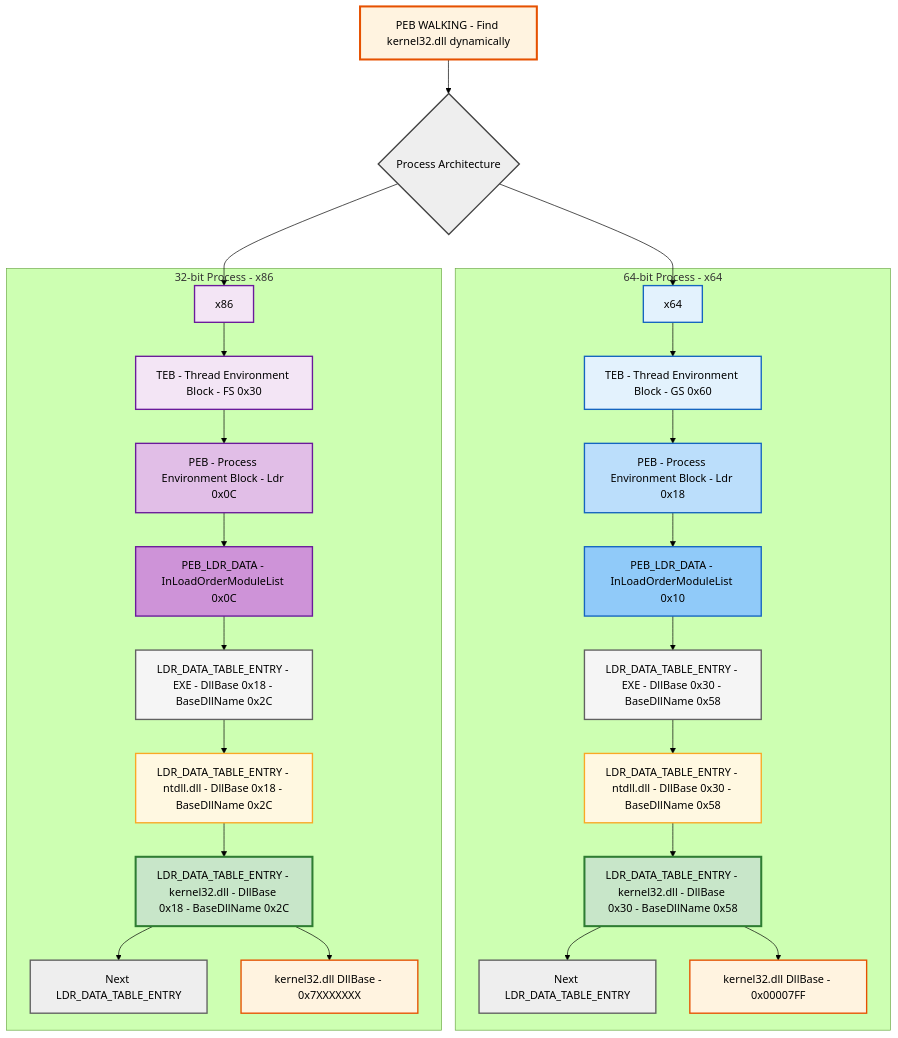
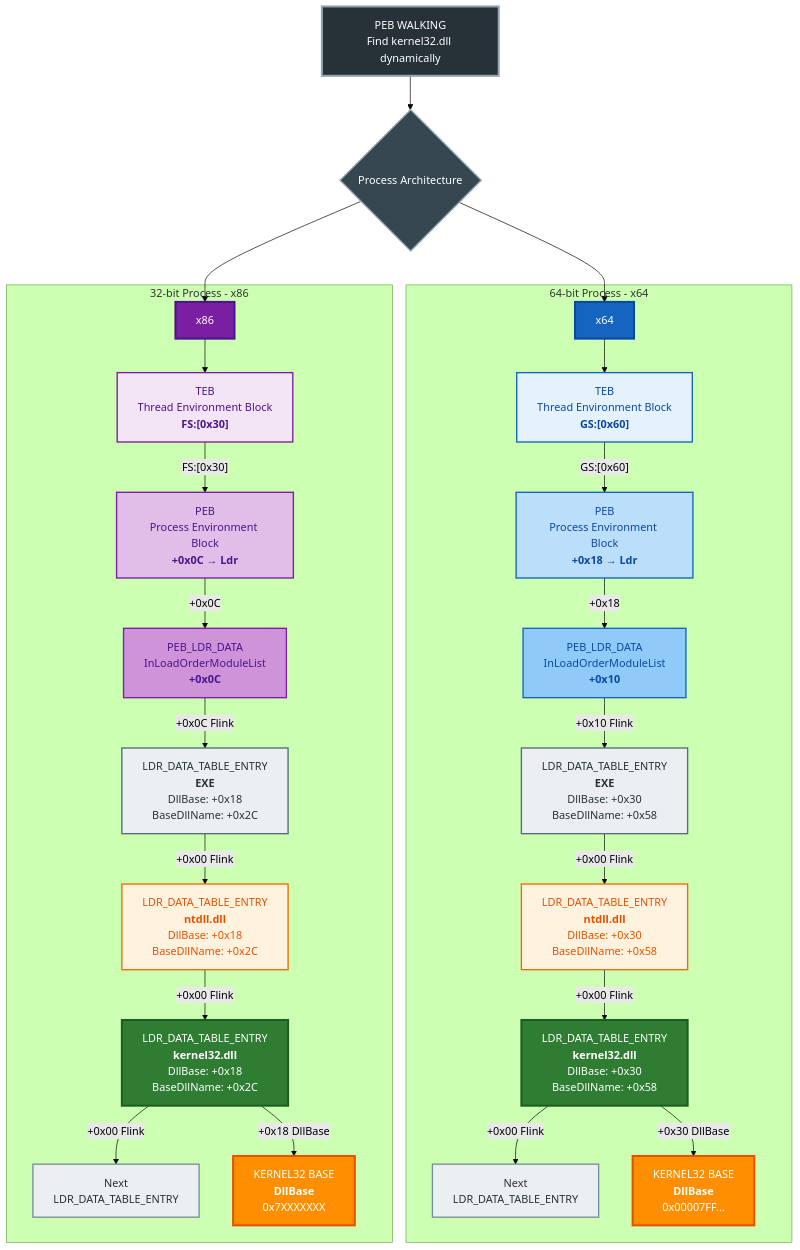
Before and after one commit to adolfcna/ATTvDEF: the second of 2 diagrams in content/Mitre Attack/Resource Development TA0042/Develop Capabilities T1587/Exploit/ShellCode/Windows x64 Assembly.md, drawn with Mermaid (forest theme).

Commit message:
vault backup: 2026-10-06 22:59:49

````diff
--- a/content/Mitre Attack/Resource Development TA0042/Develop Capabilities T1587/Exploit/ShellCode/Windows x64 Assembly.md
+++ b/content/Mitre Attack/Resource Development TA0042/Develop Capabilities T1587/Exploit/ShellCode/Windows x64 Assembly.md
@@ -162,94 +162,120 @@
 ```mermaid
 flowchart TD
 
-START["PEB WALKING - Find kernel32.dll dynamically"]
+START["PEB WALKING<br/>Find kernel32.dll dynamically"]
 ARCH{"Process Architecture"}
 
 START --> ARCH
 ARCH --> X64_START
 ARCH --> X86_START
 
+
 subgraph X64["64-bit Process - x64"]
 
 X64_START["x64"]
 
-TEB64["TEB - Thread Environment Block - GS 0x60"]
-PEB64["PEB - Process Environment Block - Ldr 0x18"]
-LDR64["PEB_LDR_DATA - InLoadOrderModuleList 0x10"]
+TEB64["TEB<br/>Thread Environment Block<br/><b>GS:[0x60]</b>"]
+PEB64["PEB<br/>Process Environment Block<br/><b>+0x18 → Ldr</b>"]
+LDR64["PEB_LDR_DATA<br/>InLoadOrderModuleList<br/><b>+0x10</b>"]
 
-EXE64["LDR_DATA_TABLE_ENTRY - EXE - DllBase 0x30 - BaseDllName 0x58"]
-NTDLL64["LDR_DATA_TABLE_ENTRY - ntdll.dll - DllBase 0x30 - BaseDllName 0x58"]
-K3264["LDR_DATA_TABLE_ENTRY - kernel32.dll - DllBase 0x30 - BaseDllName 0x58"]
+EXE64["LDR_DATA_TABLE_ENTRY<br/><b>EXE</b><br/>DllBase: +0x30<br/>BaseDllName: +0x58"]
 
-NEXT64["Next LDR_DATA_TABLE_ENTRY"]
-BASE64["kernel32.dll DllBase - 0x00007FF"]
+NTDLL64["LDR_DATA_TABLE_ENTRY<br/><b>ntdll.dll</b><br/>DllBase: +0x30<br/>BaseDllName: +0x58"]
+
+K3264["LDR_DATA_TABLE_ENTRY<br/><b>kernel32.dll</b><br/>DllBase: +0x30<br/>BaseDllName: +0x58"]
+
+NEXT64["Next<br/>LDR_DATA_TABLE_ENTRY"]
+
+BASE64["KERNEL32 BASE<br/><b>DllBase</b><br/>0x00007FF..."]
 
 X64_START --> TEB64
-TEB64 --> PEB64
-PEB64 --> LDR64
-LDR64 --> EXE64
-EXE64 --> NTDLL64
-NTDLL64 --> K3264
-K3264 --> NEXT64
-K3264 --> BASE64
+TEB64 -->|"GS:[0x60]"| PEB64
+PEB64 -->|"+0x18"| LDR64
+LDR64 -->|"+0x10 Flink"| EXE64
+EXE64 -->|"+0x00 Flink"| NTDLL64
+NTDLL64 -->|"+0x00 Flink"| K3264
+K3264 -->|"+0x00 Flink"| NEXT64
+K3264 -->|"+0x30 DllBase"| BASE64
 
 end
+
 
 subgraph X86["32-bit Process - x86"]
 
 X86_START["x86"]
 
-TEB32["TEB - Thread Environment Block - FS 0x30"]
-PEB32["PEB - Process Environment Block - Ldr 0x0C"]
-LDR32["PEB_LDR_DATA - InLoadOrderModuleList 0x0C"]
+TEB32["TEB<br/>Thread Environment Block<br/><b>FS:[0x30]</b>"]
+PEB32["PEB<br/>Process Environment Block<br/><b>+0x0C → Ldr</b>"]
+LDR32["PEB_LDR_DATA<br/>InLoadOrderModuleList<br/><b>+0x0C</b>"]
 
-EXE32["LDR_DATA_TABLE_ENTRY - EXE - DllBase 0x18 - BaseDllName 0x2C"]
-NTDLL32["LDR_DATA_TABLE_ENTRY - ntdll.dll - DllBase 0x18 - BaseDllName 0x2C"]
-K3232["LDR_DATA_TABLE_ENTRY - kernel32.dll - DllBase 0x18 - BaseDllName 0x2C"]
+EXE32["LDR_DATA_TABLE_ENTRY<br/><b>EXE</b><br/>DllBase: +0x18<br/>BaseDllName: +0x2C"]
 
-NEXT32["Next LDR_DATA_TABLE_ENTRY"]
-BASE32["kernel32.dll DllBase - 0x7XXXXXXX"]
+NTDLL32["LDR_DATA_TABLE_ENTRY<br/><b>ntdll.dll</b><br/>DllBase: +0x18<br/>BaseDllName: +0x2C"]
+
+K3232["LDR_DATA_TABLE_ENTRY<br/><b>kernel32.dll</b><br/>DllBase: +0x18<br/>BaseDllName: +0x2C"]
+
+NEXT32["Next<br/>LDR_DATA_TABLE_ENTRY"]
+
+BASE32["KERNEL32 BASE<br/><b>DllBase</b><br/>0x7XXXXXXX"]
 
 X86_START --> TEB32
-TEB32 --> PEB32
-PEB32 --> LDR32
-LDR32 --> EXE32
-EXE32 --> NTDLL32
-NTDLL32 --> K3232
-K3232 --> NEXT32
-K3232 --> BASE32
+TEB32 -->|"FS:[0x30]"| PEB32
+PEB32 -->|"+0x0C"| LDR32
+LDR32 -->|"+0x0C Flink"| EXE32
+EXE32 -->|"+0x00 Flink"| NTDLL32
+NTDLL32 -->|"+0x00 Flink"| K3232
+K3232 -->|"+0x18 DllBase"| BASE32
+K3232 -->|"+0x00 Flink"| NEXT32
 
 end
 
 
 %% =========================
-%% Styling
+%% Main Nodes
 %% =========================
 
-style START fill:#fff3e0,stroke:#e65100,stroke-width:3px
-style ARCH fill:#eeeeee,stroke:#424242,stroke-width:2px
+style START fill:#263238,stroke:#90a4ae,stroke-width:3px,color:#ffffff
 
-style X64_START fill:#e3f2fd,stroke:#1565c0,stroke-width:2px
-style TEB64 fill:#e3f2fd,stroke:#1565c0,stroke-width:2px
-style PEB64 fill:#bbdefb,stroke:#1565c0,stroke-width:2px
-style LDR64 fill:#90caf9,stroke:#1565c0,stroke-width:2px
+style ARCH fill:#37474f,stroke:#90a4ae,stroke-width:2px,color:#ffffff
 
-style EXE64 fill:#f5f5f5,stroke:#616161,stroke-width:2px
-style NTDLL64 fill:#fff8e1,stroke:#f9a825,stroke-width:2px
-style K3264 fill:#c8e6c9,stroke:#2e7d32,stroke-width:3px
+%% =========================
+%% X64
+%% =========================
 
-style NEXT64 fill:#eeeeee,stroke:#616161,stroke-width:2px
-style BASE64 fill:#fff3e0,stroke:#e65100,stroke-width:2px
+style X64_START fill:#1565c0,stroke:#0d47a1,stroke-width:3px,color:#ffffff
 
-style X86_START fill:#f3e5f5,stroke:#6a1b9a,stroke-width:2px
-style TEB32 fill:#f3e5f5,stroke:#6a1b9a,stroke-width:2px
-style PEB32 fill:#e1bee7,stroke:#6a1b9a,stroke-width:2px
-style LDR32 fill:#ce93d8,stroke:#6a1b9a,stroke-width:2px
+style TEB64 fill:#e3f2fd,stroke:#1565c0,stroke-width:2px,color:#0d47a1
+style PEB64 fill:#bbdefb,stroke:#1565c0,stroke-width:2px,color:#0d47a1
+style LDR64 fill:#90caf9,stroke:#1565c0,stroke-width:2px,color:#0d47a1
 
-style EXE32 fill:#f5f5f5,stroke:#616161,stroke-width:2px
-style NTDLL32 fill:#fff8e1,stroke:#f9a825,stroke-width:2px
-style K3232 fill:#c8e6c9,stroke:#2e7d32,stroke-width:3px
+style EXE64 fill:#eceff1,stroke:#546e7a,stroke-width:2px,color:#263238
 
-style NEXT32 fill:#eeeeee,stroke:#616161,stroke-width:2px
-style BASE32 fill:#fff3e0,stroke:#e65100,stroke-width:2px
+style NTDLL64 fill:#fff3e0,stroke:#ef6c00,stroke-width:2px,color:#e65100
+
+style K3264 fill:#2e7d32,stroke:#1b5e20,stroke-width:3px,color:#ffffff
+
+style NEXT64 fill:#eceff1,stroke:#78909c,stroke-width:2px,color:#263238
+
+style BASE64 fill:#ff8f00,stroke:#e65100,stroke-width:3px,color:#ffffff
+
+
+%% =========================
+%% X86
+%% =========================
+
+style X86_START fill:#7b1fa2,stroke:#4a148c,stroke-width:3px,color:#ffffff
+
+style TEB32 fill:#f3e5f5,stroke:#7b1fa2,stroke-width:2px,color:#4a148c
+style PEB32 fill:#e1bee7,stroke:#7b1fa2,stroke-width:2px,color:#4a148c
+style LDR32 fill:#ce93d8,stroke:#7b1fa2,stroke-width:2px,color:#4a148c
+
+style EXE32 fill:#eceff1,stroke:#546e7a,stroke-width:2px,color:#263238
+
+style NTDLL32 fill:#fff3e0,stroke:#ef6c00,stroke-width:2px,color:#e65100
+
+style K3232 fill:#2e7d32,stroke:#1b5e20,stroke-width:3px,color:#ffffff
+
+style NEXT32 fill:#eceff1,stroke:#78909c,stroke-width:2px,color:#263238
+
+style BASE32 fill:#ff8f00,stroke:#e65100,stroke-width:3px,color:#ffffff
 ```
````
